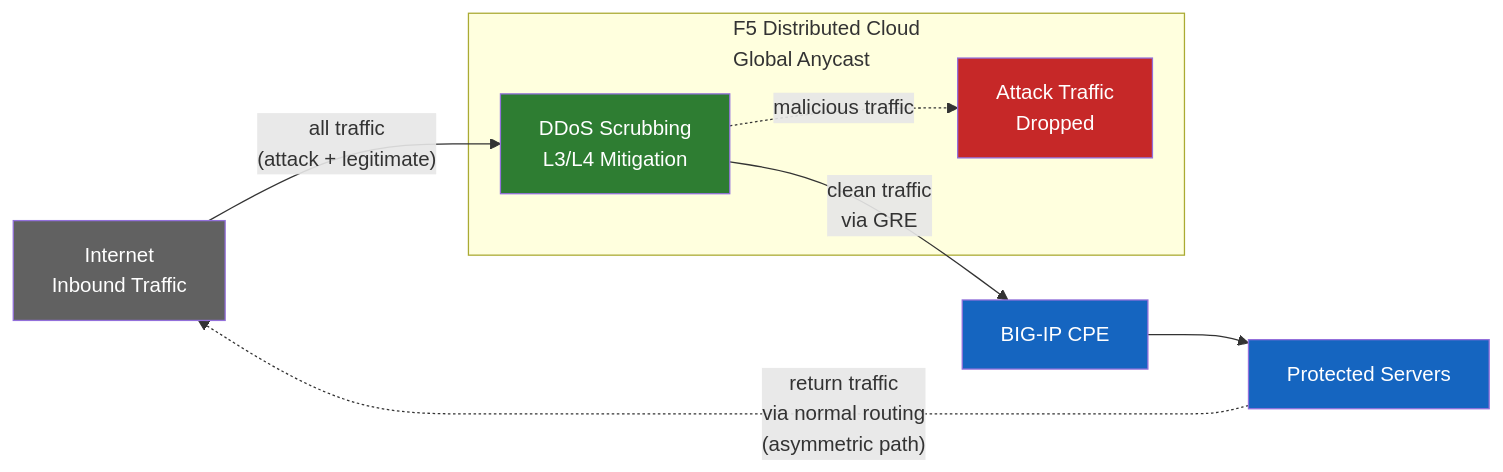
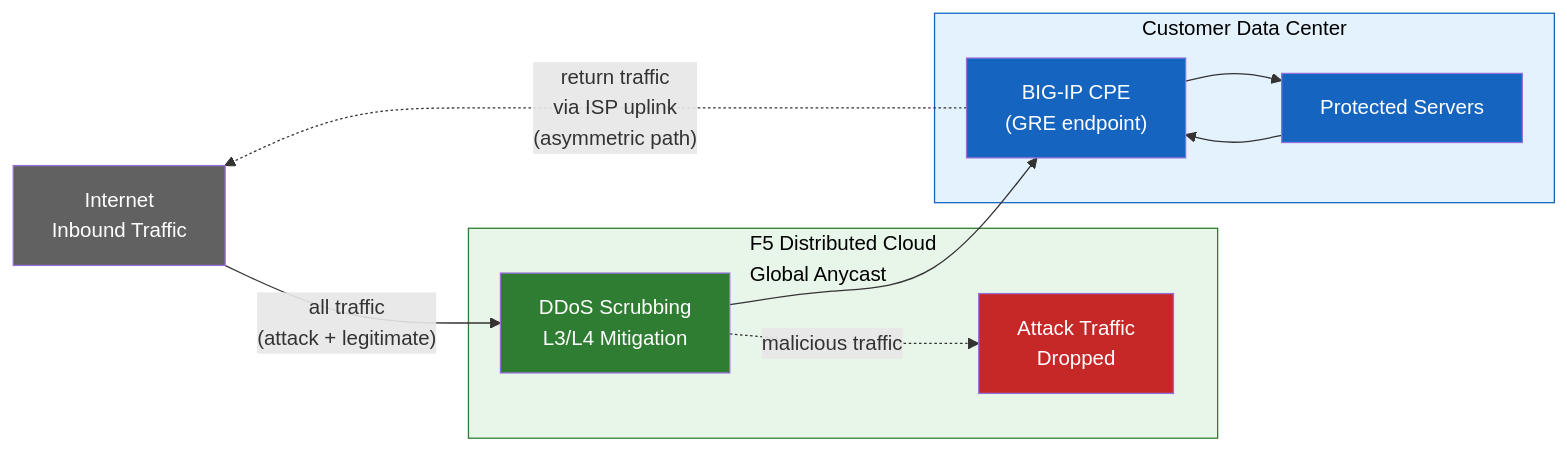
The first of 4 diagrams in README.md (robinmordasiewicz/f5xc-bigip-ddos-gre), drawn with Mermaid before and after one commit. The commit also changed other lines of this file, not shown here.

First line of the commit message:
docs: enhance README diagram styling and architecture clarity

````diff
--- a/README.md
+++ b/README.md
@@ -17,24 +17,29 @@
 ```mermaid
 flowchart LR
     INET["Internet<br/>Inbound Traffic"]
 
     subgraph XC["F5 Distributed Cloud<br/>Global Anycast"]
         SCRUB["DDoS Scrubbing<br/>L3/L4 Mitigation"]
         DROP["Attack Traffic<br/>Dropped"]
     end
 
-    BIGIP["BIG-IP CPE"]
-    SERVERS["Protected Servers"]
+    subgraph DC["Customer Data Center"]
+        BIGIP["BIG-IP CPE<br/>(GRE endpoint)"]
+        SERVERS["Protected Servers"]
+    end
 
     INET -->|"all traffic<br/>(attack + legitimate)"| SCRUB
-    SCRUB -->|"clean traffic<br/>via GRE"| BIGIP
+    SCRUB --> BIGIP
     SCRUB -.->|"malicious traffic"| DROP
     BIGIP --> SERVERS
-    SERVERS -.->|"return traffic<br/>via normal routing<br/>(asymmetric path)"| INET
+    SERVERS --> BIGIP
+    BIGIP -.->|"return traffic<br/>via ISP uplink<br/>(asymmetric path)"| INET
 
     style DROP fill:#c62828,color:#fff
     style INET fill:#616161,color:#fff
     style SCRUB fill:#2e7d32,color:#fff
     style BIGIP fill:#1565c0,color:#fff
     style SERVERS fill:#1565c0,color:#fff
+    style DC fill:#e3f2fd,stroke:#1565c0,color:#000
+    style XC fill:#e8f5e9,stroke:#2e7d32,color:#000
 ```
````
